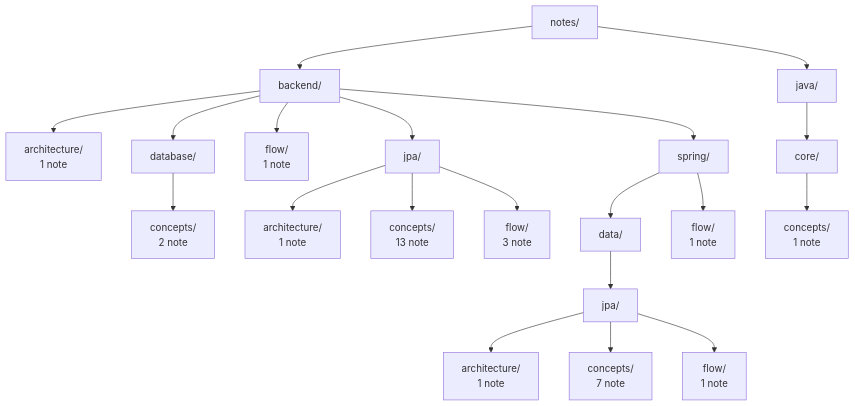
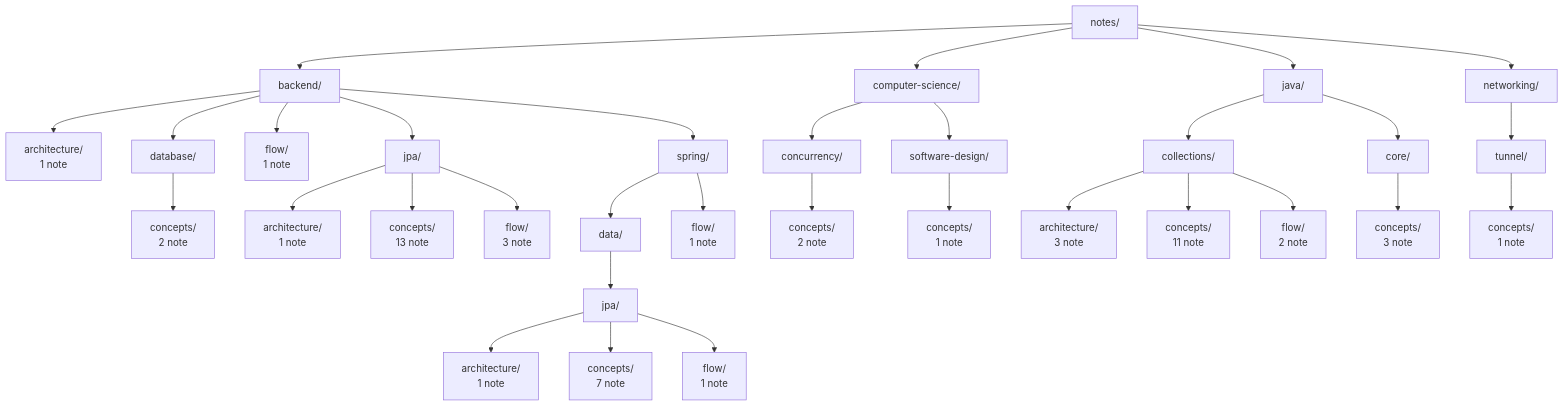
Before and after one commit to Pizza-Mozzarella/self-learning: the diagram in notes/README.md, drawn with Mermaid. The commit also changed 42 other files, not shown here.

Commit message:
Them note Java collections: HashMap, ArrayList, Comparator, Comparable; them thuat ngu java/core

````diff
--- a/notes/README.md
+++ b/notes/README.md
@@ -6,42 +6,66 @@
 ```mermaid
 flowchart TD
     d0["notes/"]
     d1["backend/"]
     d0 --> d1
     d2["architecture/<br/>1 note"]
     d1 --> d2
     d3["database/"]
     d1 --> d3
     d4["concepts/<br/>2 note"]
     d3 --> d4
     d5["flow/<br/>1 note"]
     d1 --> d5
     d6["jpa/"]
     d1 --> d6
     d7["architecture/<br/>1 note"]
     d6 --> d7
     d8["concepts/<br/>13 note"]
     d6 --> d8
     d9["flow/<br/>3 note"]
     d6 --> d9
     d10["spring/"]
     d1 --> d10
     d11["data/"]
     d10 --> d11
     d12["jpa/"]
     d11 --> d12
     d13["architecture/<br/>1 note"]
     d12 --> d13
     d14["concepts/<br/>7 note"]
     d12 --> d14
     d15["flow/<br/>1 note"]
     d12 --> d15
     d16["flow/<br/>1 note"]
     d10 --> d16
-    d17["java/"]
+    d17["computer-science/"]
     d0 --> d17
-    d18["core/"]
+    d18["concurrency/"]
     d17 --> d18
-    d19["concepts/<br/>1 note"]
+    d19["concepts/<br/>2 note"]
     d18 --> d19
+    d20["software-design/"]
+    d17 --> d20
+    d21["concepts/<br/>1 note"]
+    d20 --> d21
+    d22["java/"]
+    d0 --> d22
+    d23["collections/"]
+    d22 --> d23
+    d24["architecture/<br/>3 note"]
+    d23 --> d24
+    d25["concepts/<br/>11 note"]
+    d23 --> d25
+    d26["flow/<br/>2 note"]
+    d23 --> d26
+    d27["core/"]
+    d22 --> d27
+    d28["concepts/<br/>3 note"]
+    d27 --> d28
+    d29["networking/"]
+    d0 --> d29
+    d30["tunnel/"]
+    d29 --> d30
+    d31["concepts/<br/>1 note"]
+    d30 --> d31
 ```
````
